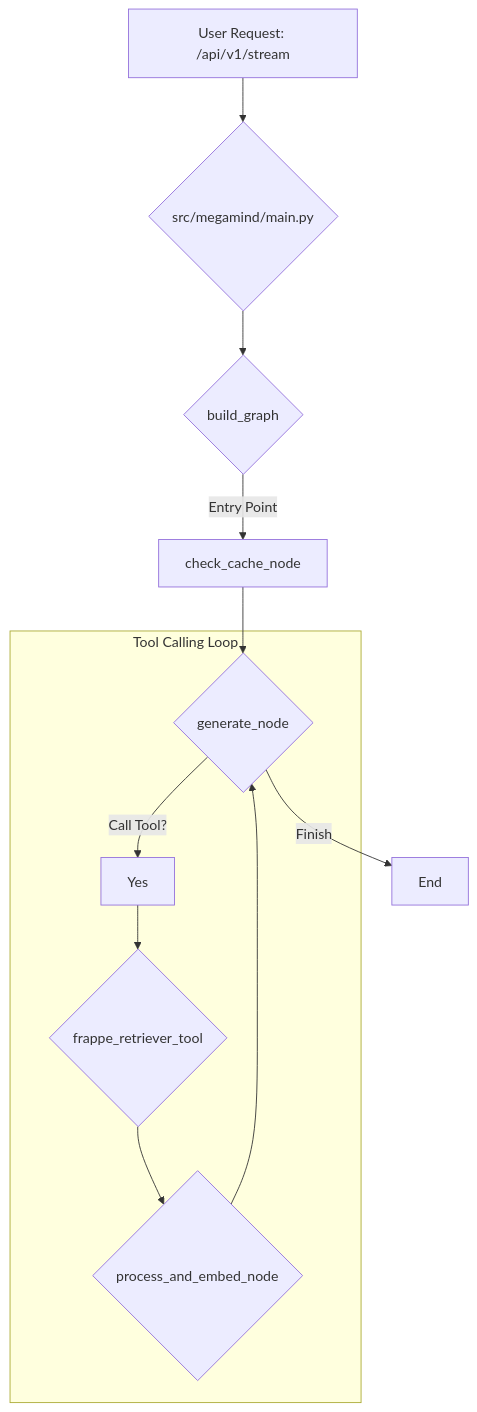
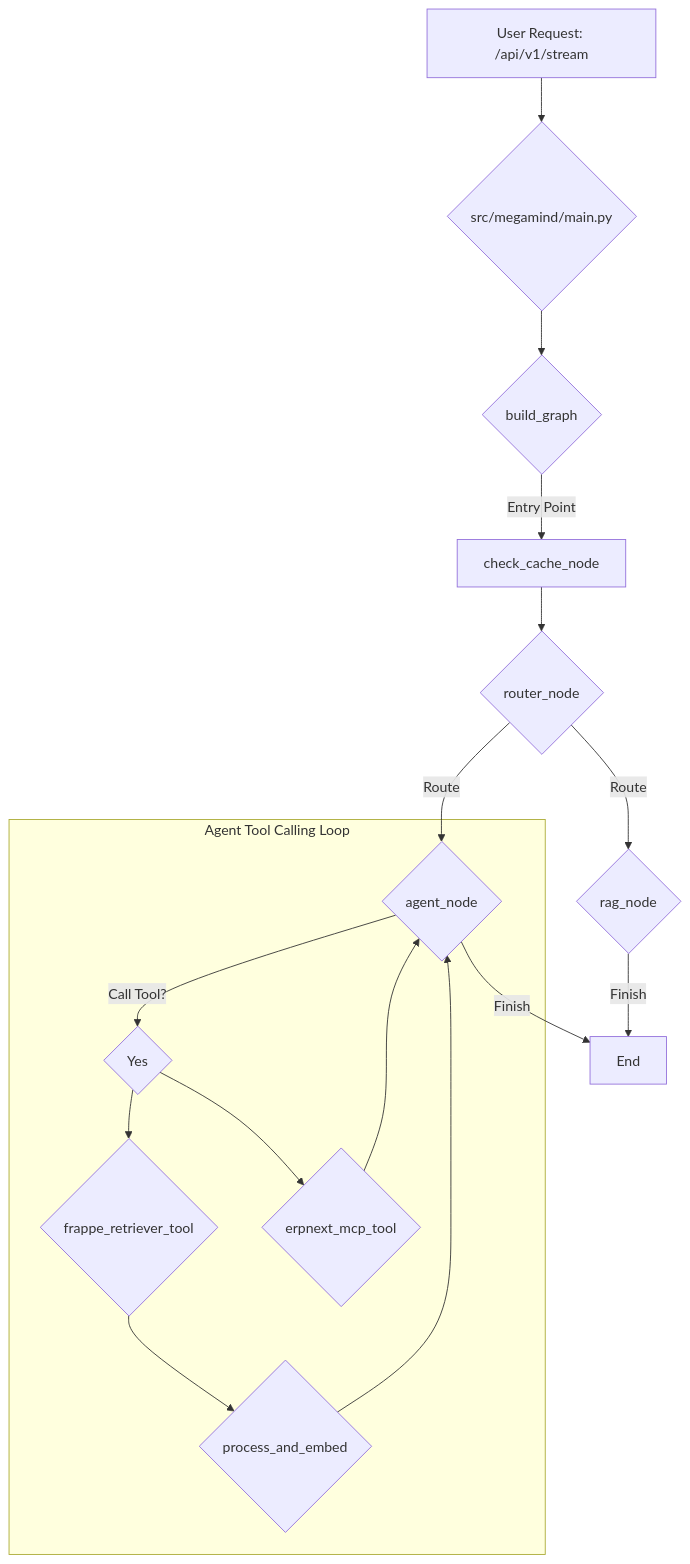
The diagram in CODEBASE_OVERVIEW.md (belee-aim/megamind), drawn with Mermaid before and after one commit. The commit also changed other lines of this file, not shown here.

````diff
--- a/CODEBASE_OVERVIEW.md
+++ b/CODEBASE_OVERVIEW.md
@@ -71,14 +78,21 @@
 ```mermaid
 graph TD
     A[User Request: /api/v1/stream] --> B{src/megamind/main.py};
     B --> C{build_graph};
     C -- Entry Point --> D[check_cache_node];
-    D --> E{generate_node};
-    subgraph "Tool Calling Loop"
-        E -- Call Tool? --> F[Yes];
-        F --> G{frappe_retriever_tool};
-        G --> H{process_and_embed_node};
-        H --> E;
+    D --> E{router_node};
+    E -- Route --> F{rag_node};
+    E -- Route --> G{agent_node};
+
+    subgraph "Agent Tool Calling Loop"
+        G -- Call Tool? --> H{Yes};
+        H --> I{frappe_retriever_tool};
+        H --> J{erpnext_mcp_tool};
+        I --> K{process_and_embed};
+        K --> G;
+        J --> G;
     end
-    E -- Finish --> I[End];
+
+    F -- Finish --> L[End];
+    G -- Finish --> L;
 ```
````
